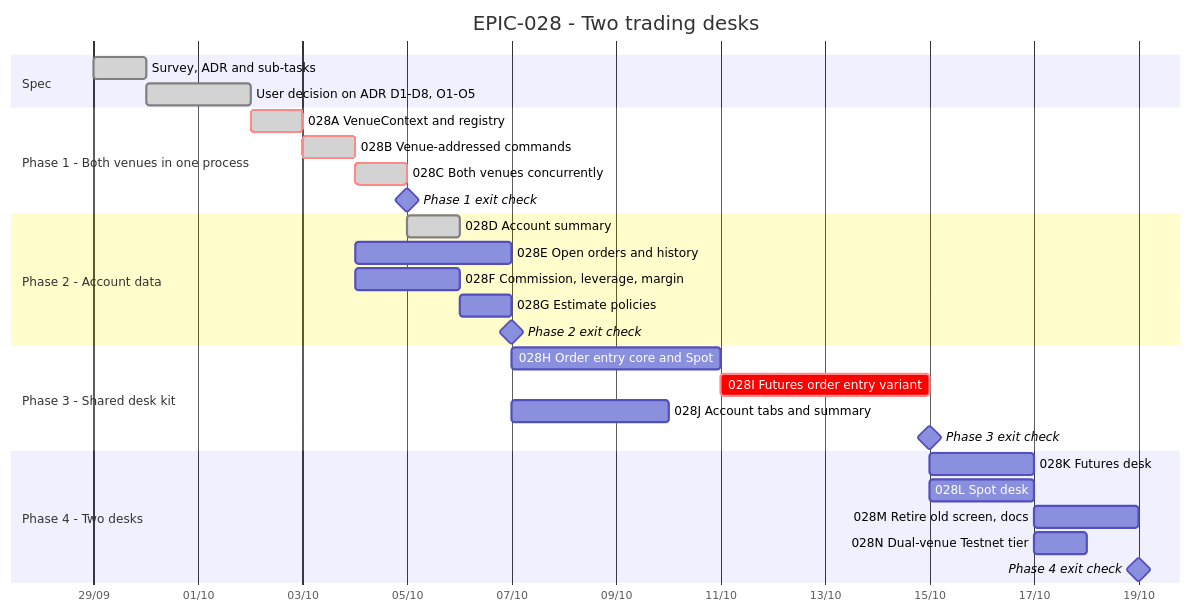
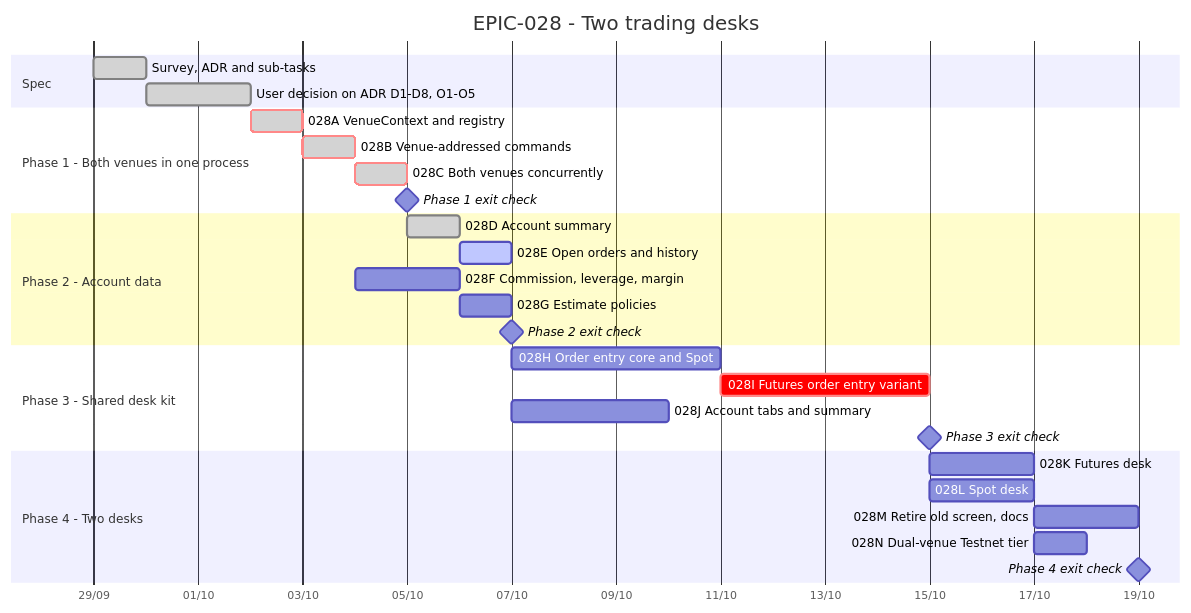
One commit to anhembedded/Sagittarius_Elite_Warrior changed the diagram in Tasks/epics/EPIC-028_futures_and_spot_trading_desks/TRACKING.md. Above: the diagram before and after it, drawn with Mermaid. The commit also changed other lines of this file and 58 other files, not shown here.

````diff
--- a/Tasks/epics/EPIC-028_futures_and_spot_trading_desks/TRACKING.md
+++ b/Tasks/epics/EPIC-028_futures_and_spot_trading_desks/TRACKING.md
@@ -15,37 +15,37 @@
 ```mermaid
 gantt
     title EPIC-028 - Two trading desks
     dateFormat  YYYY-MM-DD
     axisFormat  %d/%m
     todayMarker stroke-width:2px,stroke:#d33,opacity:0.6
 
     section Spec
     Survey, ADR and sub-tasks              :done,    s1, 2026-09-29, 1d
     User decision on ADR D1-D8, O1-O5      :done,    s2, after s1, 2d
 
     section Phase 1 - Both venues in one process
     028A VenueContext and registry         :crit, done, a, after s2, 1d
     028B Venue-addressed commands          :crit, done, b, after a, 1d
     028C Both venues concurrently          :crit, done, c, after b, 1d
     Phase 1 exit check                     :milestone, m1, after c, 0d
 
     section Phase 2 - Account data
     028D Account summary                   :done,    d, after c, 1d
-    028E Open orders and history           :         e, after b, 3d
+    028E Open orders and history           :active,  e, after d, 1d
     028F Commission, leverage, margin      :         f, after b, 2d
     028G Estimate policies                 :         g, after f, 1d
     Phase 2 exit check                     :milestone, m2, after e, 0d
 
     section Phase 3 - Shared desk kit
     028H Order entry core and Spot         :         h, after g, 4d
     028I Futures order entry variant       :crit,    i, after h, 4d
     028J Account tabs and summary          :         j, after e, 3d
     Phase 3 exit check                     :milestone, m3, after i, 0d
 
     section Phase 4 - Two desks
     028K Futures desk                      :         k, after m3, 2d
     028L Spot desk                         :         l, after m3, 2d
     028M Retire old screen, docs           :         mm, after k, 2d
     028N Dual-venue Testnet tier           :         n, after l, 1d
     Phase 4 exit check                     :milestone, m4, after mm, 0d
 ```
````
